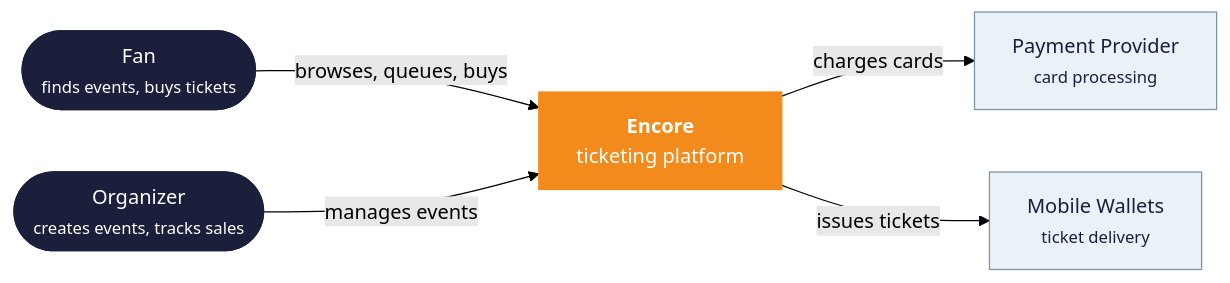
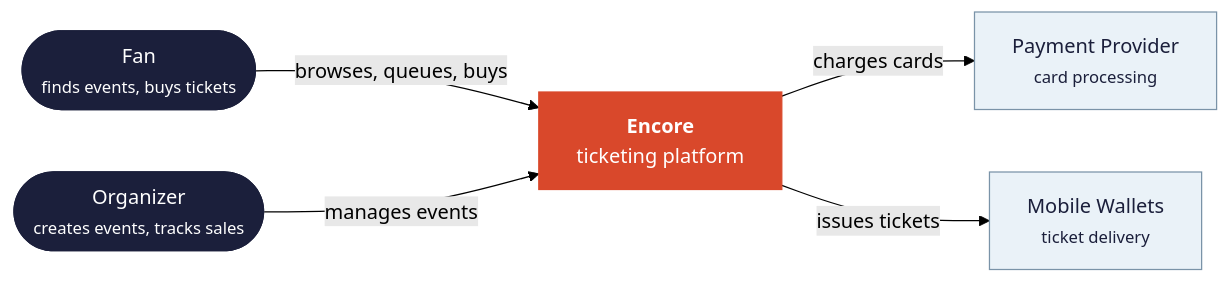
One commit to oleksiyp/arch-book changed the first of 23 diagrams in README.md. Above: the diagram before and after it, drawn with Mermaid (forest theme). The commit also changed other lines of this file and 18 other files, not shown here.

```diff
--- a/README.md
+++ b/README.md
@@ -136,18 +136,18 @@
 <pre class="mermaid">
 flowchart LR
     fan(["Fan<br/><small>finds events, buys tickets</small>"])
     org(["Organizer<br/><small>creates events, tracks sales</small>"])
     encore["<b>Encore</b><br/>ticketing platform"]
     psp["Payment Provider<br/><small>card processing</small>"]
     wallet["Mobile Wallets<br/><small>ticket delivery</small>"]
     fan -- browses, queues, buys --> encore
     org -- manages events --> encore
     encore -- charges cards --> psp
     encore -- issues tickets --> wallet
     classDef person fill:#1b1f3b,stroke:#1b1f3b,color:#fff
-    classDef system fill:#f38b1c,stroke:#f38b1c,color:#fff
+    classDef system fill:#d9482b,stroke:#d9482b,color:#fff
     classDef external fill:#eaf2f8,stroke:#7a93a8,color:#1b1f3b
     class fan,org person
     class encore system
     class psp,wallet external
 </pre>
```
